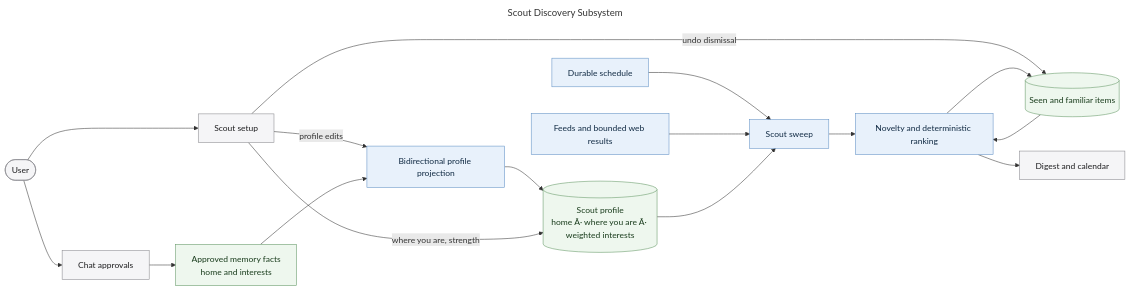
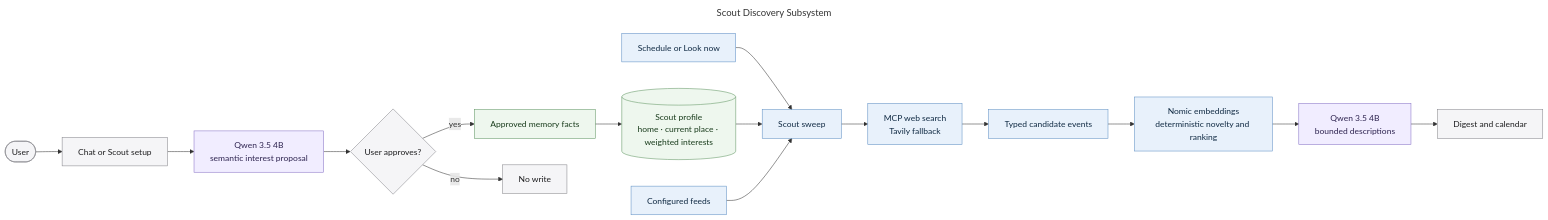
One commit to MallyaAni/PersonalAssistant changed the diagram in docs/diagrams/discovery-subsystem.mmd. Above: the diagram before and after it, drawn with Mermaid. The commit also changed 48 other files, not shown here.

First line of the commit message:
feat: connect semantic interests to Scout

```diff
--- a/docs/diagrams/discovery-subsystem.mmd
+++ b/docs/diagrams/discovery-subsystem.mmd
@@ -1,39 +1,28 @@
 ---
 title: Scout Discovery Subsystem
 ---
 flowchart LR
-    User([User])
-    Chat[Chat approvals]
-    Setup[Scout setup]
+    User([User]) --> Chat[Chat or Scout setup]
+    Chat --> Understand[Qwen 3.5 4B<br/>semantic interest proposal]
+    Understand --> Approval{User approves?}
+    Approval -->|yes| Memory[Approved memory facts]
+    Approval -->|no| Stop[No write]
+    Memory --> Profile[(Scout profile<br/>home · current place · weighted interests)]
 
-    Memory[Approved memory facts<br/>home and interests]
-    Projection[Bidirectional profile projection]
-    Profile[(Scout profile<br/>home Â· where you are Â· weighted interests)]
-
-    Schedule[Durable schedule]
-    Sources[Feeds and bounded web results]
-    Sweep[Scout sweep]
-    Rank[Novelty and deterministic ranking]
-    History[(Seen and familiar items)]
-    Result[Digest and calendar]
-
-    User --> Chat --> Memory
-    User --> Setup
-    Setup -->|profile edits| Projection
-    Memory --> Projection --> Profile
-    Setup -->|where you are, strength| Profile
-    Setup -->|undo dismissal| History
-
-    Schedule --> Sweep
-    Sources --> Sweep
-    Profile --> Sweep --> Rank
-    History --> Rank
-    Rank --> History
-    Rank --> Result
+    Schedule[Schedule or Look now] --> Sweep[Scout sweep]
+    Profile --> Sweep
+    Feeds[Configured feeds] --> Sweep
+    Sweep --> Search[MCP web search<br/>Tavily fallback]
+    Search --> Candidates[Typed candidate events]
+    Candidates --> Rank[Nomic embeddings<br/>deterministic novelty and ranking]
+    Rank --> Describe[Qwen 3.5 4B<br/>bounded descriptions]
+    Describe --> Result[Digest and calendar]
 
     classDef interface fill:#f5f5f7,stroke:#86868b,color:#1d1d1f;
     classDef application fill:#e8f1fb,stroke:#5e8fc4,color:#102a43;
     classDef data fill:#eef7ee,stroke:#5f9562,color:#183b1b;
-    class User,Chat,Setup,Result interface;
-    class Projection,Schedule,Sources,Sweep,Rank application;
-    class Memory,Profile,History data;
+    classDef model fill:#f1edff,stroke:#8872c6,color:#2e2450;
+    class User,Chat,Approval,Stop,Result interface;
+    class Memory,Profile data;
+    class Schedule,Sweep,Feeds,Search,Candidates,Rank application;
+    class Understand,Describe model;
```
